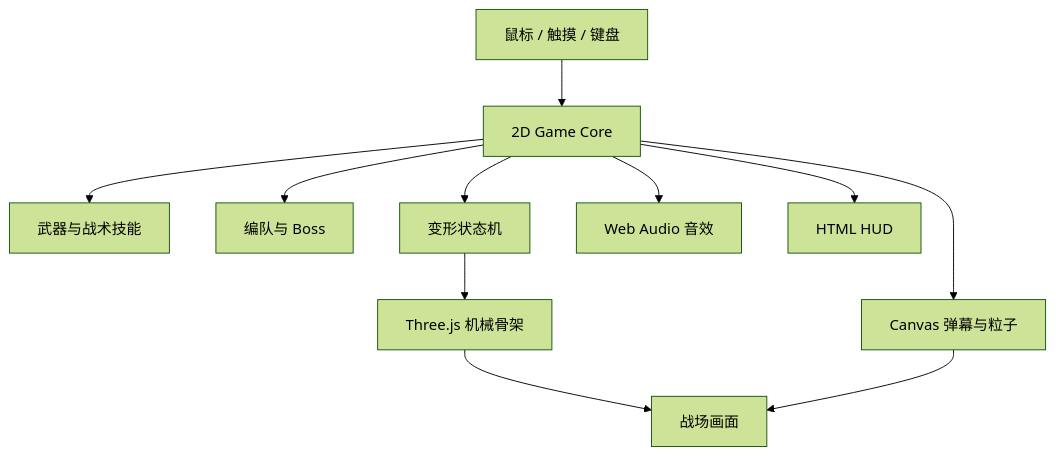
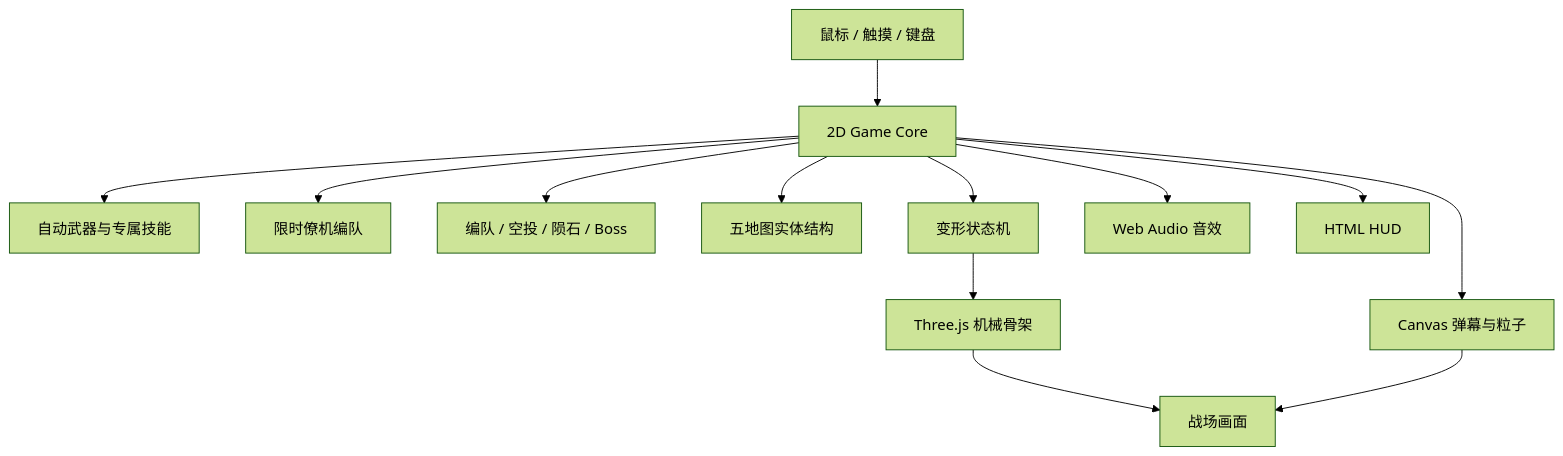
Before and after one commit to Ally1212/mouse-strike: the diagram in README.md, drawn with Mermaid (forest theme). The commit also changed other lines of this file and 18 other files, not shown here.

````diff
--- a/README.md
+++ b/README.md
@@ -128,13 +169,15 @@
 ```mermaid
 flowchart TD
   Input[鼠标 / 触摸 / 键盘] --> Core[2D Game Core]
-  Core --> Weapons[武器与战术技能]
-  Core --> Waves[编队与 Boss]
+  Core --> Weapons[自动武器与专属技能]
+  Core --> Wingmen[限时僚机编队]
+  Core --> Waves[编队 / 空投 / 陨石 / Boss]
+  Core --> Maps[五地图实体结构]
   Core --> Transform[变形状态机]
   Transform --> Three[Three.js 机械骨架]
   Core --> Canvas[Canvas 弹幕与粒子]
   Core --> Audio[Web Audio 音效]
   Three --> Screen[战场画面]
   Canvas --> Screen
   Core --> HUD[HTML HUD]
 ```
````
